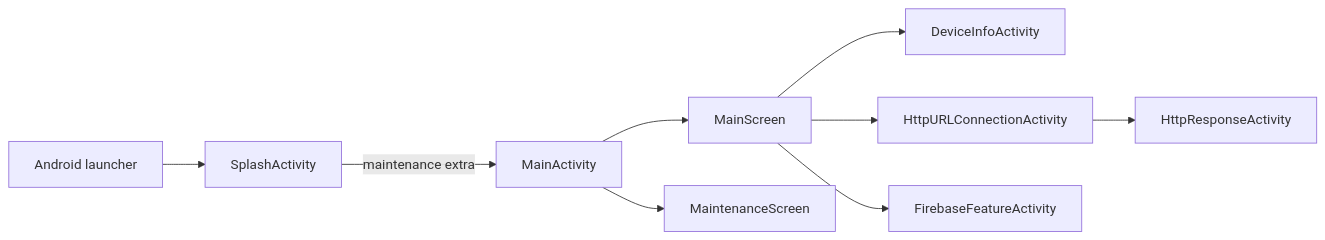
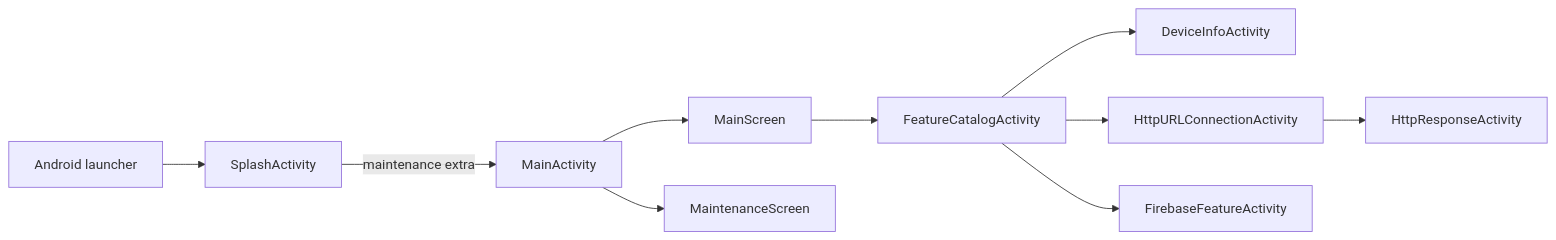
Before and after one commit to gjp-ai/gjp-lab-android-kotlin: the first of 2 diagrams in doc/architecture/application.md, drawn with Mermaid. The commit also changed other lines of this file and 8 other files, not shown here.

````diff
--- a/doc/architecture/application.md
+++ b/doc/architecture/application.md
@@ -11,11 +11,12 @@
 ```mermaid
 flowchart LR
     Launcher[Android launcher] --> SplashActivity
     SplashActivity -->|maintenance extra| MainActivity
     MainActivity --> MainScreen
     MainActivity --> MaintenanceScreen
-    MainScreen --> DeviceInfoActivity
-    MainScreen --> HttpURLConnectionActivity
-    MainScreen --> FirebaseFeatureActivity
+    MainScreen --> FeatureCatalogActivity
+    FeatureCatalogActivity --> DeviceInfoActivity
+    FeatureCatalogActivity --> HttpURLConnectionActivity
+    FeatureCatalogActivity --> FirebaseFeatureActivity
     HttpURLConnectionActivity --> HttpResponseActivity
 ```
````
